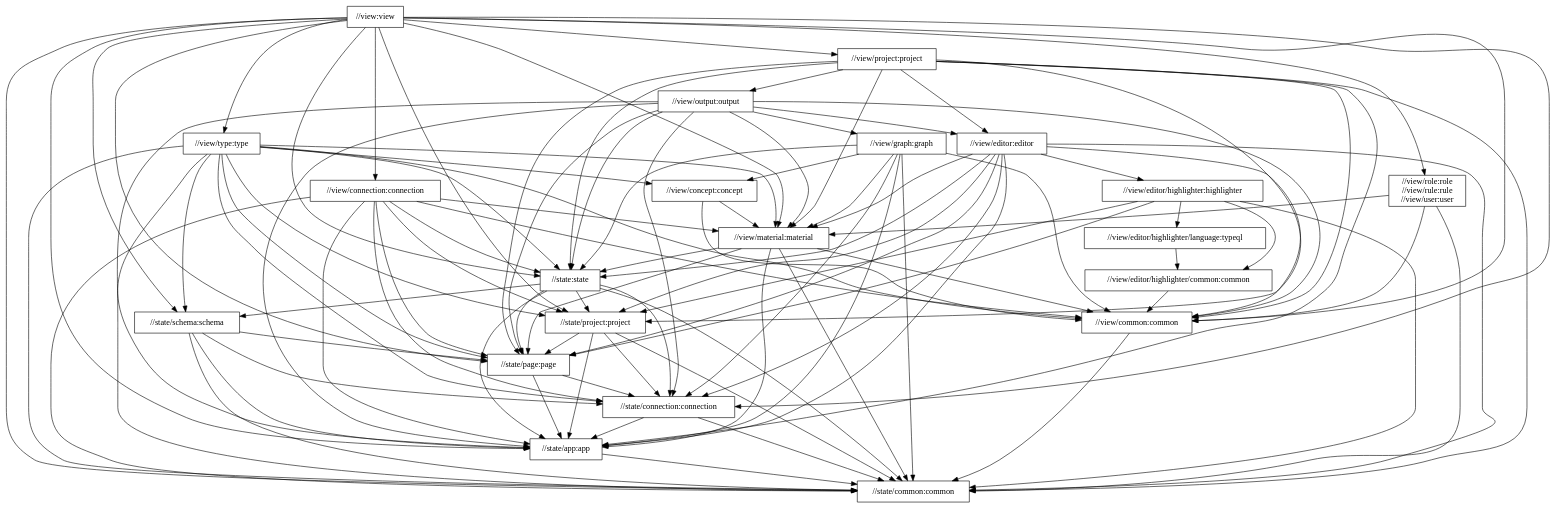
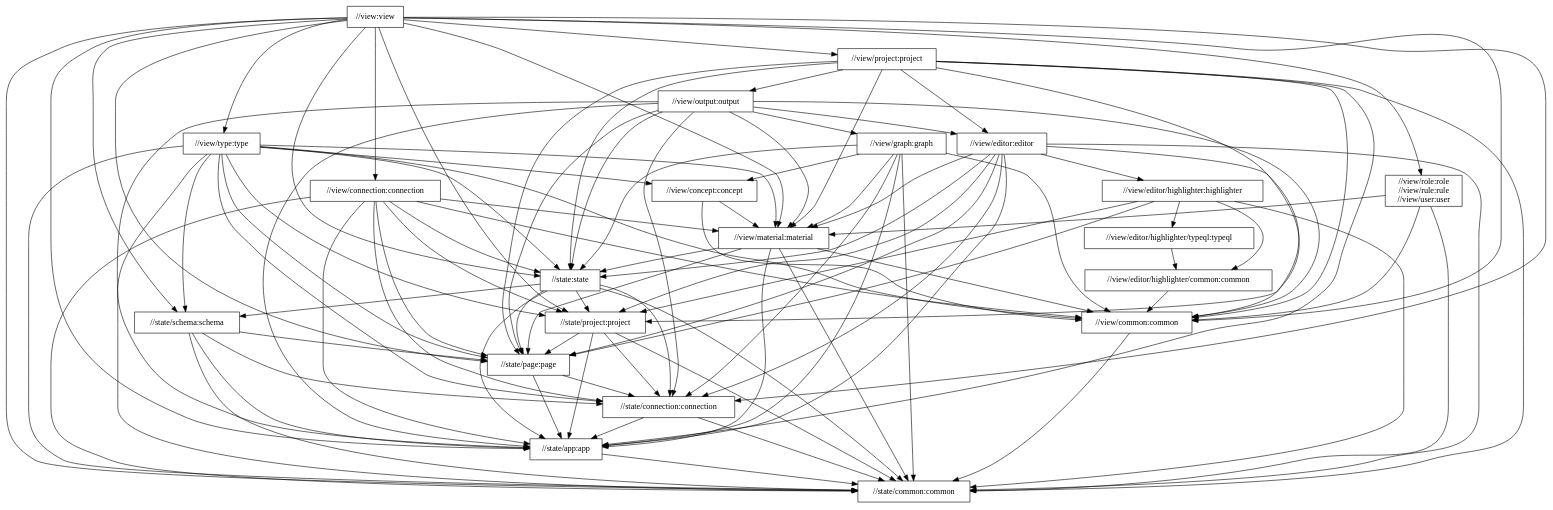
The diagram in docs/global-package-structure.dot (typedb/typedb-studio), drawn with Graphviz before and after one commit. The commit also changed 9 other files, not shown here.

Commit message:
Refined package name build definitions of //view/editor/highlighter

```diff
--- a/docs/global-package-structure.dot
+++ b/docs/global-package-structure.dot
@@ -1,126 +1,126 @@
 digraph mygraph {
   node [shape=box];
   "//view:view"
   "//view:view" -> "//view/role:role\n//view/rule:rule\n//view/user:user"
   "//view:view" -> "//state:state"
   "//view:view" -> "//state/app:app"
   "//view:view" -> "//state/common:common"
   "//view:view" -> "//state/connection:connection"
   "//view:view" -> "//state/page:page"
   "//view:view" -> "//state/project:project"
   "//view:view" -> "//state/schema:schema"
   "//view:view" -> "//view/common:common"
   "//view:view" -> "//view/connection:connection"
   "//view:view" -> "//view/material:material"
   "//view:view" -> "//view/project:project"
   "//view:view" -> "//view/type:type"
   "//view/type:type"
   "//view/type:type" -> "//state:state"
   "//view/type:type" -> "//state/app:app"
   "//view/type:type" -> "//state/common:common"
   "//view/type:type" -> "//state/connection:connection"
   "//view/type:type" -> "//state/page:page"
   "//view/type:type" -> "//state/project:project"
   "//view/type:type" -> "//state/schema:schema"
   "//view/type:type" -> "//view/common:common"
   "//view/type:type" -> "//view/concept:concept"
   "//view/type:type" -> "//view/material:material"
   "//view/role:role\n//view/rule:rule\n//view/user:user"
   "//view/role:role\n//view/rule:rule\n//view/user:user" -> "//state/common:common"
   "//view/role:role\n//view/rule:rule\n//view/user:user" -> "//view/common:common"
   "//view/role:role\n//view/rule:rule\n//view/user:user" -> "//view/material:material"
   "//view/connection:connection"
   "//view/connection:connection" -> "//state:state"
   "//view/connection:connection" -> "//state/app:app"
   "//view/connection:connection" -> "//state/common:common"
   "//view/connection:connection" -> "//state/connection:connection"
   "//view/connection:connection" -> "//state/page:page"
   "//view/connection:connection" -> "//state/project:project"
   "//view/connection:connection" -> "//view/common:common"
   "//view/connection:connection" -> "//view/material:material"
   "//view/project:project"
   "//view/project:project" -> "//state:state"
   "//view/project:project" -> "//state/app:app"
   "//view/project:project" -> "//state/common:common"
   "//view/project:project" -> "//state/page:page"
   "//view/project:project" -> "//state/project:project"
   "//view/project:project" -> "//view/common:common"
   "//view/project:project" -> "//view/editor:editor"
   "//view/project:project" -> "//view/material:material"
   "//view/project:project" -> "//view/output:output"
   "//view/output:output"
   "//view/output:output" -> "//state:state"
   "//view/output:output" -> "//state/app:app"
   "//view/output:output" -> "//state/common:common"
   "//view/output:output" -> "//state/connection:connection"
   "//view/output:output" -> "//state/page:page"
   "//view/output:output" -> "//view/common:common"
   "//view/output:output" -> "//view/editor:editor"
   "//view/output:output" -> "//view/graph:graph"
   "//view/output:output" -> "//view/material:material"
-  "//view/editor:editor"
-  "//view/editor:editor" -> "//state:state"
-  "//view/editor:editor" -> "//state/app:app"
-  "//view/editor:editor" -> "//state/common:common"
-  "//view/editor:editor" -> "//state/connection:connection"
-  "//view/editor:editor" -> "//state/page:page"
-  "//view/editor:editor" -> "//state/project:project"
-  "//view/editor:editor" -> "//view/common:common"
-  "//view/editor:editor" -> "//view/editor/highlighter:highlighter"
-  "//view/editor:editor" -> "//view/material:material"
-  "//view/editor/highlighter:highlighter"
-  "//view/editor/highlighter:highlighter" -> "//state/common:common"
-  "//view/editor/highlighter:highlighter" -> "//state/page:page"
-  "//view/editor/highlighter:highlighter" -> "//state/project:project"
-  "//view/editor/highlighter:highlighter" -> "//view/editor/highlighter/common:common"
-  "//view/editor/highlighter:highlighter" -> "//view/editor/highlighter/language:typeql"
-  "//view/editor/highlighter/language:typeql"
-  "//view/editor/highlighter/language:typeql" -> "//view/editor/highlighter/common:common"
-  "//view/editor/highlighter/common:common"
-  "//view/editor/highlighter/common:common" -> "//view/common:common"
   "//view/graph:graph"
   "//view/graph:graph" -> "//state:state"
   "//view/graph:graph" -> "//state/app:app"
   "//view/graph:graph" -> "//state/common:common"
   "//view/graph:graph" -> "//state/connection:connection"
   "//view/graph:graph" -> "//view/common:common"
   "//view/graph:graph" -> "//view/concept:concept"
   "//view/graph:graph" -> "//view/material:material"
   "//view/concept:concept"
   "//view/concept:concept" -> "//view/common:common"
   "//view/concept:concept" -> "//view/material:material"
+  "//view/editor:editor"
+  "//view/editor:editor" -> "//state:state"
+  "//view/editor:editor" -> "//state/app:app"
+  "//view/editor:editor" -> "//state/common:common"
+  "//view/editor:editor" -> "//state/connection:connection"
+  "//view/editor:editor" -> "//state/page:page"
+  "//view/editor:editor" -> "//state/project:project"
+  "//view/editor:editor" -> "//view/common:common"
+  "//view/editor:editor" -> "//view/editor/highlighter:highlighter"
+  "//view/editor:editor" -> "//view/material:material"
   "//view/material:material"
   "//view/material:material" -> "//state:state"
   "//view/material:material" -> "//state/app:app"
   "//view/material:material" -> "//state/common:common"
   "//view/material:material" -> "//state/page:page"
   "//view/material:material" -> "//view/common:common"
-  "//view/common:common"
-  "//view/common:common" -> "//state/common:common"
+  "//view/editor/highlighter:highlighter"
+  "//view/editor/highlighter:highlighter" -> "//state/common:common"
+  "//view/editor/highlighter:highlighter" -> "//state/page:page"
+  "//view/editor/highlighter:highlighter" -> "//state/project:project"
+  "//view/editor/highlighter:highlighter" -> "//view/editor/highlighter/common:common"
+  "//view/editor/highlighter:highlighter" -> "//view/editor/highlighter/typeql:typeql"
   "//state:state"
   "//state:state" -> "//state/app:app"
   "//state:state" -> "//state/common:common"
   "//state:state" -> "//state/connection:connection"
   "//state:state" -> "//state/page:page"
   "//state:state" -> "//state/project:project"
   "//state:state" -> "//state/schema:schema"
   "//state/schema:schema"
   "//state/schema:schema" -> "//state/app:app"
   "//state/schema:schema" -> "//state/common:common"
   "//state/schema:schema" -> "//state/connection:connection"
   "//state/schema:schema" -> "//state/page:page"
   "//state/project:project"
   "//state/project:project" -> "//state/app:app"
   "//state/project:project" -> "//state/common:common"
   "//state/project:project" -> "//state/connection:connection"
   "//state/project:project" -> "//state/page:page"
   "//state/page:page"
   "//state/page:page" -> "//state/app:app"
   "//state/page:page" -> "//state/connection:connection"
+  "//view/editor/highlighter/typeql:typeql"
+  "//view/editor/highlighter/typeql:typeql" -> "//view/editor/highlighter/common:common"
+  "//view/editor/highlighter/common:common"
+  "//view/editor/highlighter/common:common" -> "//view/common:common"
+  "//view/common:common"
+  "//view/common:common" -> "//state/common:common"
   "//state/connection:connection"
   "//state/connection:connection" -> "//state/app:app"
   "//state/connection:connection" -> "//state/common:common"
   "//state/app:app"
   "//state/app:app" -> "//state/common:common"
   "//state/common:common"
 }
```
